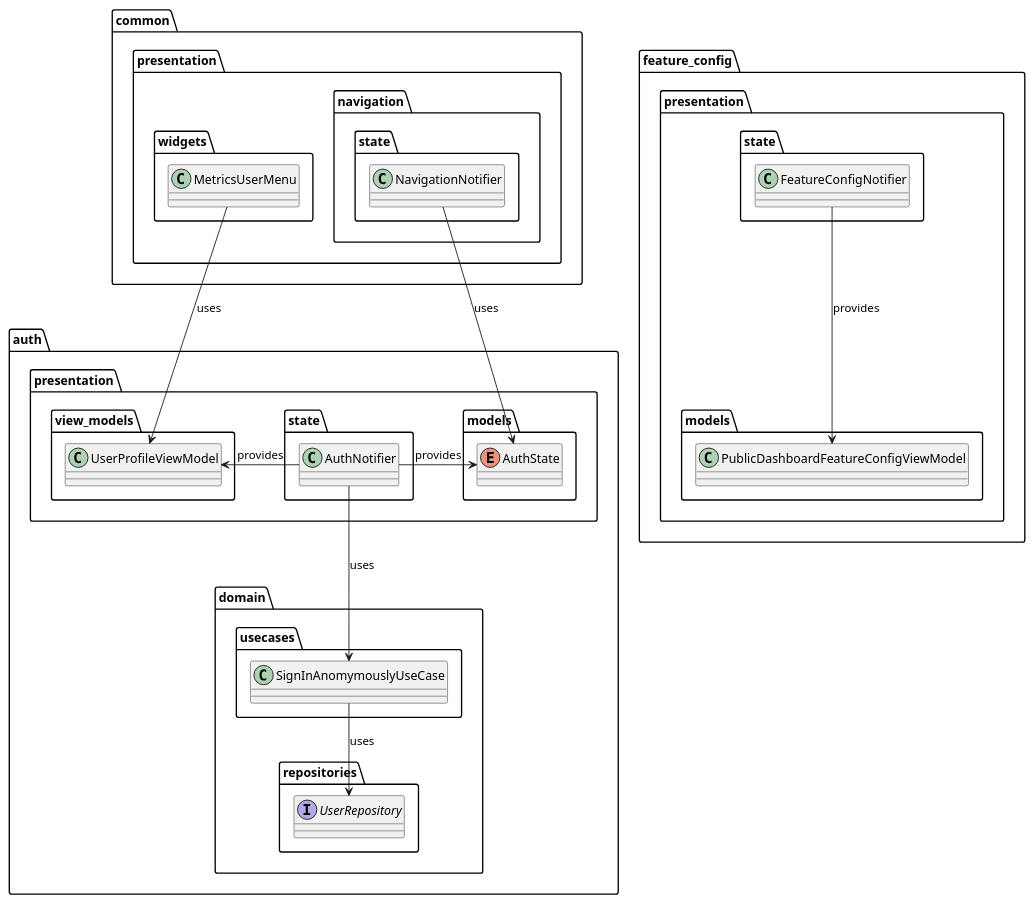
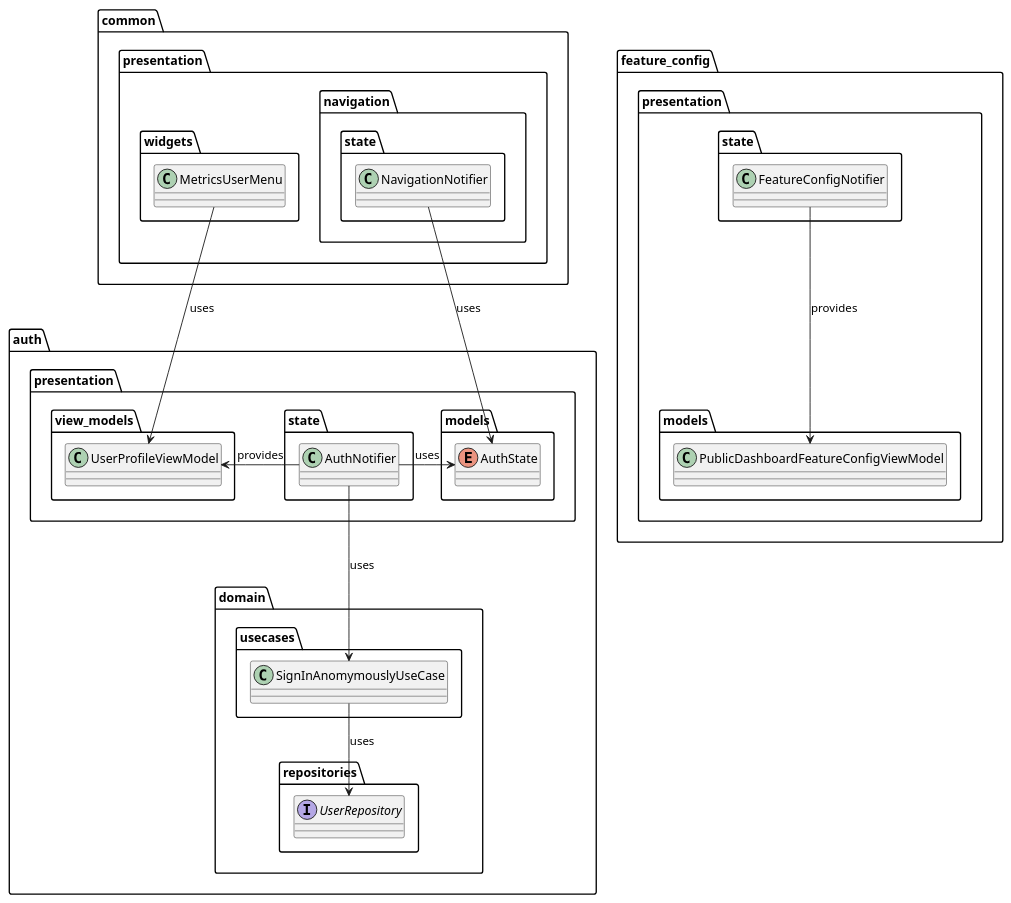
The diagram in metrics/web/docs/features/public_dashboard/diagrams/public_dashboard_architecture_class.puml (Flank/flank-dashboard), drawn with PlantUML before and after one commit.

Commit message:
Minor fixes x2

```diff
--- a/metrics/web/docs/features/public_dashboard/diagrams/public_dashboard_architecture_class.puml
+++ b/metrics/web/docs/features/public_dashboard/diagrams/public_dashboard_architecture_class.puml
@@ -1,62 +1,62 @@
 @startuml public_dashboard_architecture_class
 
 package feature_config.presentation {
     package models {
         class PublicDashboardFeatureConfigViewModel {}
     }
 
     package state {
         class FeatureConfigNotifier {}
     }
 }
 
 package auth {
     package domain {
         package usecases {
             class SignInAnomymouslyUseCase {}
         }
 
         package repositories {
             interface UserRepository {}
         }
     }
 
     package presentation as auth.presentation {
         package models as auth.presentation.models {
             enum AuthState {}
         }
 
 
         package state as auth.presentation.state {
             class AuthNotifier {}
         }
 
         package view_models as auth.presentation.view_models {
             class UserProfileViewModel {}
         }
     }
 }
 
 package common.presentation {
     package widgets as common.presentation.widgets {
         class MetricsUserMenu {}
     }
 
     package navigation.state {
         class NavigationNotifier {}
     }
 }
 
 
 FeatureConfigNotifier --> PublicDashboardFeatureConfigViewModel : provides
 
 AuthNotifier -left-> UserProfileViewModel : provides
 AuthNotifier --> SignInAnomymouslyUseCase : uses
-AuthNotifier -right-> AuthState : provides
+AuthNotifier -right-> AuthState : uses
 
 SignInAnomymouslyUseCase --> UserRepository : uses
 
 MetricsUserMenu --> UserProfileViewModel : uses
 NavigationNotifier --> AuthState : uses
 
 @enduml
```
